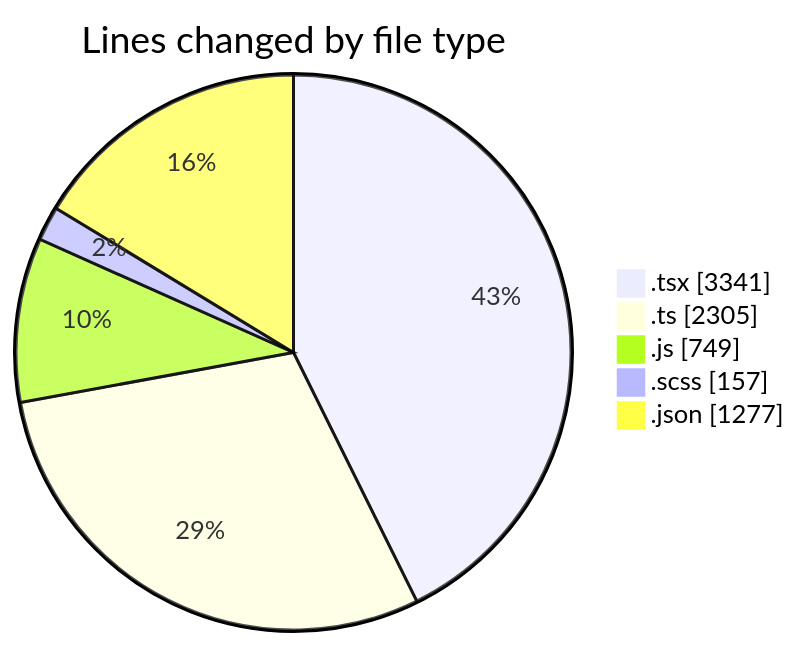
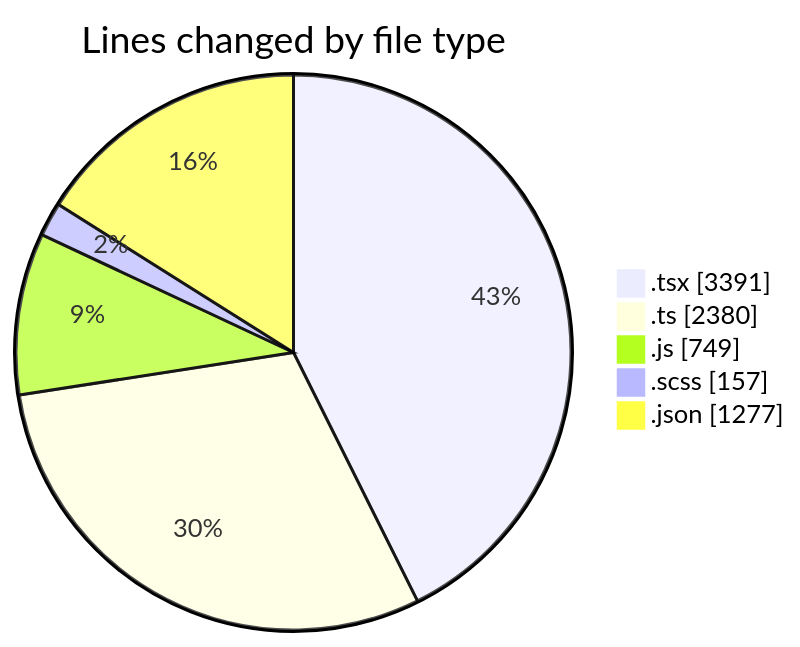
One commit to momahboobian/code-tracking changed the first of 2 diagrams in 2026-06-15/cda/README.md. Above: the diagram before and after it, drawn with Mermaid. The commit also changed other lines of this file and 1 other file, not shown here.

````diff
--- a/2026-06-15/cda/README.md
+++ b/2026-06-15/cda/README.md
@@ -65,9 +66,9 @@
 ```mermaid
 pie showData
 title Lines changed by file type
-".tsx" : 3341
-".ts" : 2305
+".tsx" : 3391
+".ts" : 2380
 ".js" : 749
 ".scss" : 157
 ".json" : 1277
 ```
````
